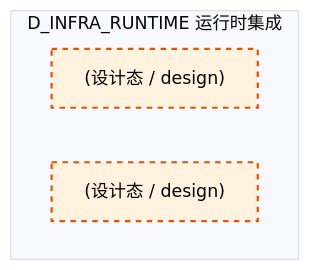
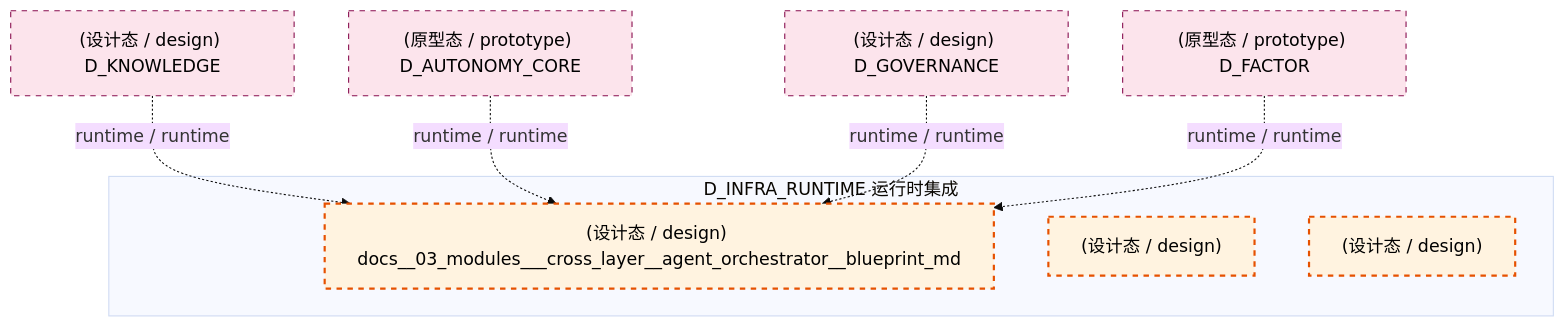
Before and after one commit to xuanFelixVan/ZephyrAlpha: the seventh of 9 diagrams in docs/02_enterprise_architecture/02_domain_architecture_docs/04_d_infra_runtime.md, drawn with Mermaid (base theme). The commit also changed other lines of this file and 100 other files, not shown here.

````diff
--- a/docs/02_enterprise_architecture/02_domain_architecture_docs/04_d_infra_runtime.md
+++ b/docs/02_enterprise_architecture/02_domain_architecture_docs/04_d_infra_runtime.md
@@ -875,12 +882,22 @@
 ```mermaid
 graph TD
     subgraph D_INFRA_RUNTIME["D_INFRA_RUNTIME 运行时集成"]
+        docs_03_modules_cross_layer_agent_orchestrator_blueprint_md["(设计态 / design) docs__03_modules___cross_layer__agent_orchestrator__blueprint_md"]
         docs_03_modules_cross_layer_shared_core_contracts_blueprint_md["(设计态 / design) "]
         docs_03_modules_cross_layer_shared_core_shared_infra_blueprint_md["(设计态 / design) "]
     end
+    D_KNOWLEDGE["(设计态 / design) D_KNOWLEDGE"]
+    D_KNOWLEDGE -.->|runtime / runtime| docs_03_modules_cross_layer_agent_orchestrator_blueprint_md
+    D_AUTONOMY_CORE["(原型态 / prototype) D_AUTONOMY_CORE"]
+    D_AUTONOMY_CORE -.->|runtime / runtime| docs_03_modules_cross_layer_agent_orchestrator_blueprint_md
+    D_GOVERNANCE["(设计态 / design) D_GOVERNANCE"]
+    D_GOVERNANCE -.->|runtime / runtime| docs_03_modules_cross_layer_agent_orchestrator_blueprint_md
+    D_FACTOR["(原型态 / prototype) D_FACTOR"]
+    D_FACTOR -.->|runtime / runtime| docs_03_modules_cross_layer_agent_orchestrator_blueprint_md
     classDef production fill:#e1f5fe,stroke:#01579b,stroke-width:2px,color:#000
     classDef design fill:#fff3e0,stroke:#e65100,stroke-width:2px,color:#000,stroke-dasharray: 5 5
     classDef external_prod fill:#e8f5e9,stroke:#1b5e20,stroke-width:1px,color:#000
     classDef external_design fill:#fce4ec,stroke:#880e4f,stroke-width:1px,color:#000,stroke-dasharray: 5 5
-    class docs_03_modules_cross_layer_shared_core_contracts_blueprint_md,docs_03_modules_cross_layer_shared_core_shared_infra_blueprint_md design
+    class docs_03_modules_cross_layer_agent_orchestrator_blueprint_md,docs_03_modules_cross_layer_shared_core_contracts_blueprint_md,docs_03_modules_cross_layer_shared_core_shared_infra_blueprint_md design
+    class D_KNOWLEDGE,D_AUTONOMY_CORE,D_GOVERNANCE,D_FACTOR external_design
 ```
````
